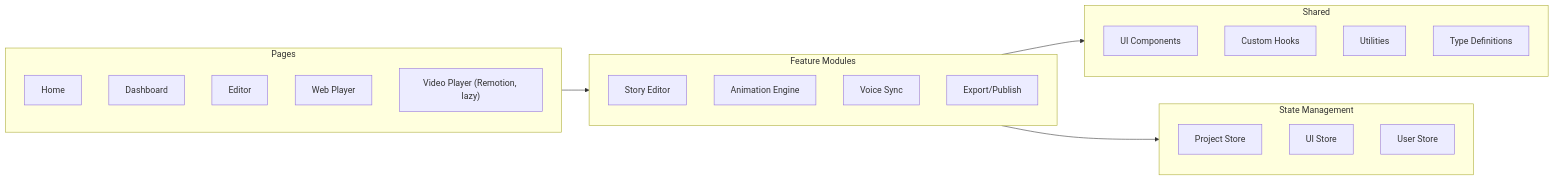
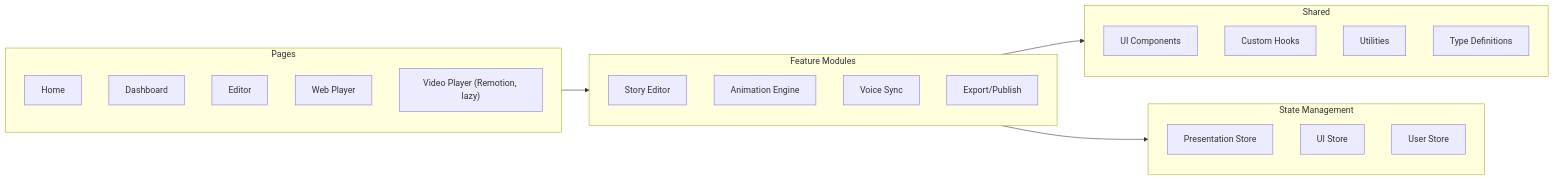
The second of 8 diagrams in docs/technical-architecture/overview.md (EvgenyEMK/visual-story), drawn with Mermaid before and after one commit. The commit also changed other lines of this file and 148 other files, not shown here.

````diff
--- a/docs/technical-architecture/overview.md
+++ b/docs/technical-architecture/overview.md
@@ -128,34 +128,34 @@
 ```mermaid
 flowchart LR
     subgraph pages [Pages]
         Home[Home]
         Dashboard[Dashboard]
         Editor[Editor]
         WebPlayer[Web Player]
         VideoPlayer["Video Player (Remotion, lazy)"]
     end
     
     subgraph features [Feature Modules]
         StoryEditor[Story Editor]
         AnimationEngine[Animation Engine]
         VoiceSync[Voice Sync]
         ExportPublish[Export/Publish]
     end
     
     subgraph shared [Shared]
         UI[UI Components]
         Hooks[Custom Hooks]
         Utils[Utilities]
         Types[Type Definitions]
     end
     
     subgraph state [State Management]
-        ProjectStore[Project Store]
+        PresentationStore[Presentation Store]
         UIStore[UI Store]
         UserStore[User Store]
     end
     
     pages --> features
     features --> shared
     features --> state
 ```
````
